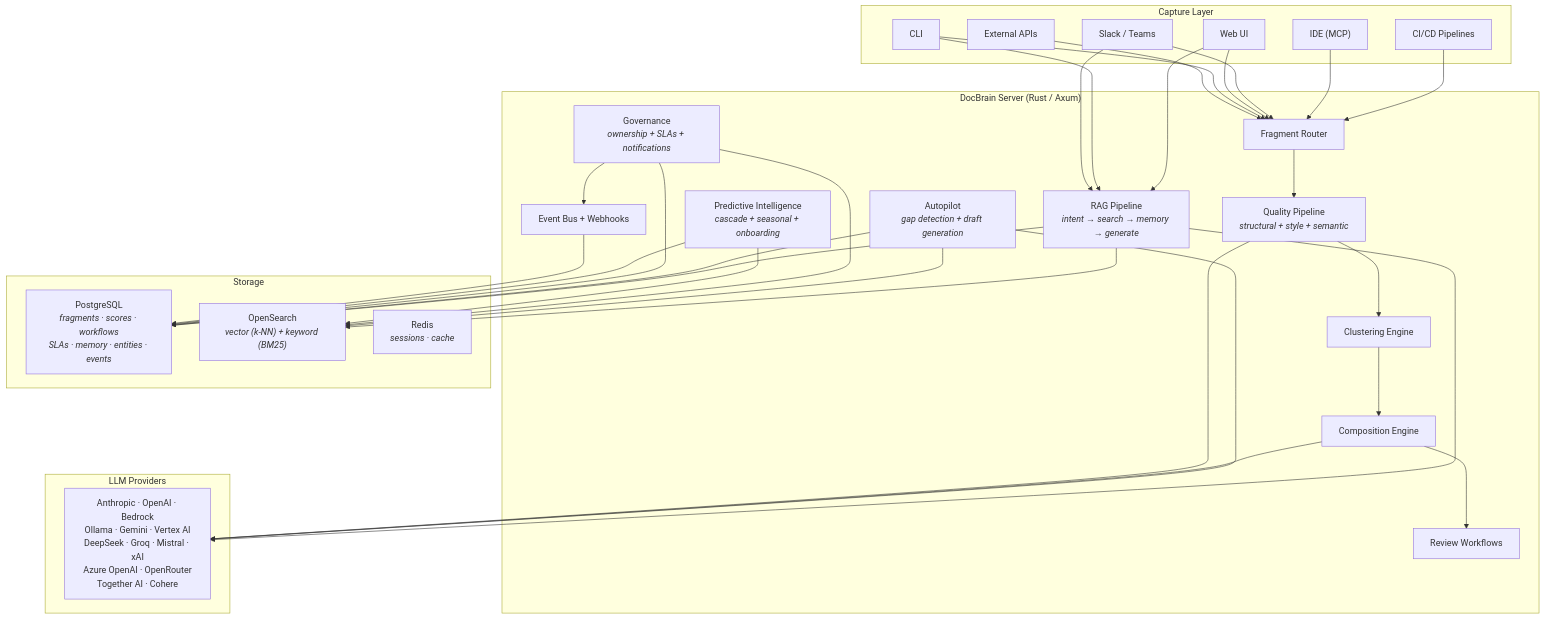
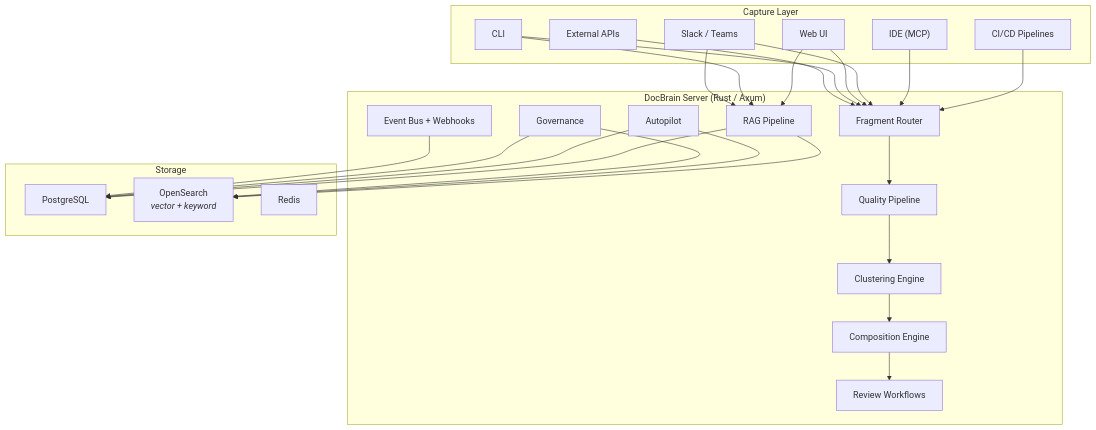
Before and after one commit to docbrain-ai/docbrain: the diagram in README.md, drawn with Mermaid. The commit also changed other lines of this file, not shown here.

````diff
--- a/README.md
+++ b/README.md
@@ -447,42 +100,35 @@
 ```mermaid
 graph TB
     subgraph "Capture Layer"
         CI["CI/CD Pipelines"]
         IDE["IDE (MCP)"]
         SLACK["Slack / Teams"]
         WEB["Web UI"]
         CLI["CLI"]
         API_EXT["External APIs"]
     end
 
     subgraph "DocBrain Server (Rust / Axum)"
         FRAG["Fragment Router"]
-        QUAL["Quality Pipeline<br/><i>structural + style + semantic</i>"]
+        QUAL["Quality Pipeline"]
         CLUST["Clustering Engine"]
         COMP["Composition Engine"]
         REV["Review Workflows"]
-        RAG["RAG Pipeline<br/><i>intent → search → memory → generate</i>"]
-        AUTO["Autopilot<br/><i>gap detection + draft generation</i>"]
-        GOV["Governance<br/><i>ownership + SLAs + notifications</i>"]
-        PRED["Predictive Intelligence<br/><i>cascade + seasonal + onboarding</i>"]
+        RAG["RAG Pipeline"]
+        AUTO["Autopilot"]
+        GOV["Governance"]
         EVT["Event Bus + Webhooks"]
     end
 
     subgraph "Storage"
-        PG["PostgreSQL<br/><i>fragments · scores · workflows<br/>SLAs · memory · entities · events</i>"]
-        OS["OpenSearch<br/><i>vector (k-NN) + keyword (BM25)</i>"]
-        RD["Redis<br/><i>sessions · cache</i>"]
-    end
-
-    subgraph "LLM Providers"
-        PROVIDERS["Anthropic · OpenAI · Bedrock<br/>Ollama · Gemini · Vertex AI<br/>DeepSeek · Groq · Mistral · xAI<br/>Azure OpenAI · OpenRouter<br/>Together AI · Cohere"]
+        PG["PostgreSQL"]
+        OS["OpenSearch<br/><i>vector + keyword</i>"]
+        RD["Redis"]
     end
 
     CI & IDE & SLACK & WEB & CLI & API_EXT --> FRAG
     FRAG --> QUAL --> CLUST --> COMP --> REV
     WEB & CLI & SLACK --> RAG
-    RAG & AUTO & GOV & PRED --> PG & OS
-    RAG & AUTO & COMP & QUAL --> PROVIDERS
+    RAG & AUTO & GOV --> PG & OS
     EVT --> PG
-    GOV --> EVT
 ```
````
